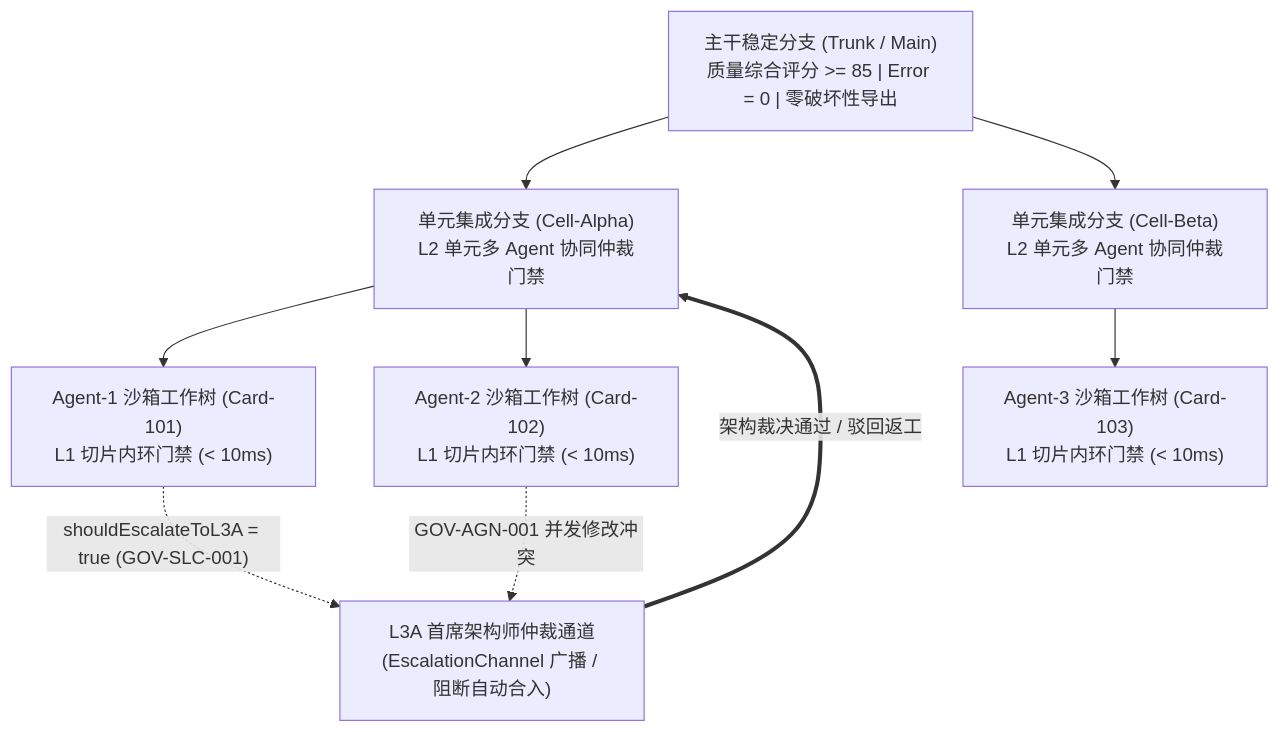
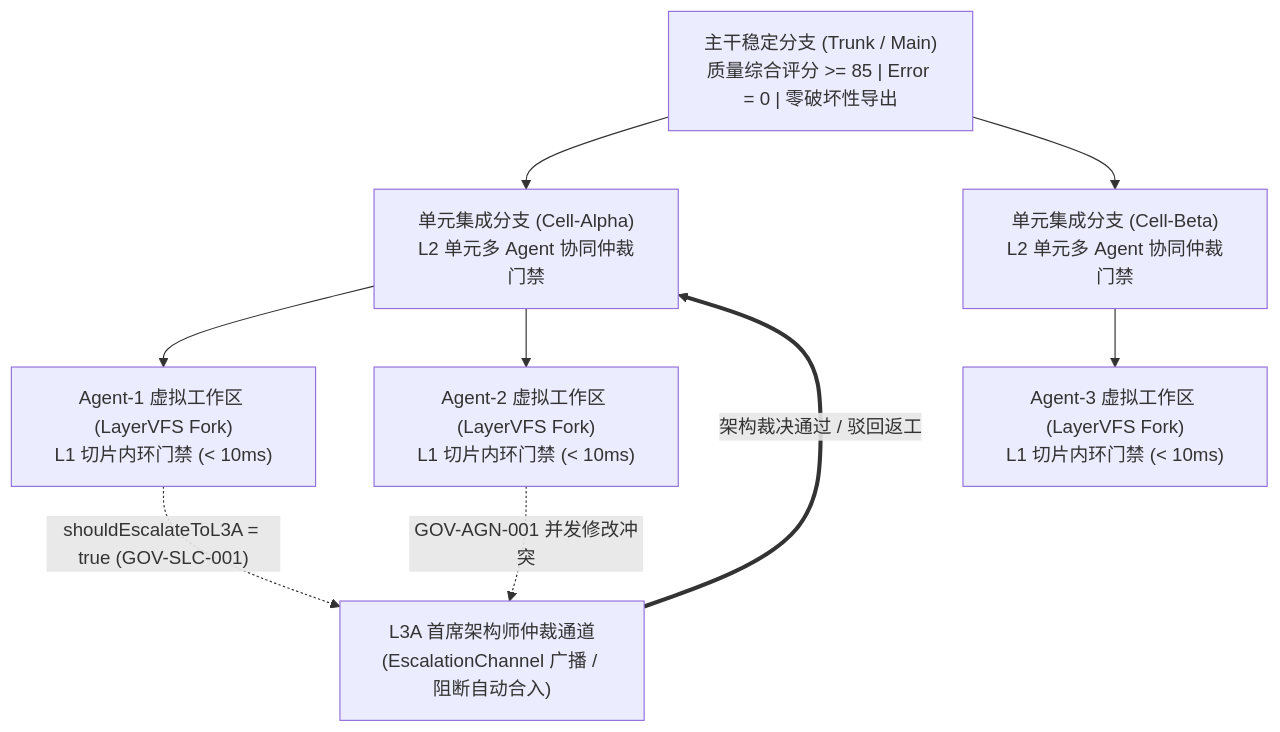
Before and after one commit to guilingzhouyi-creator/vscode-extensions: the first of 5 diagrams in auto-refactor/docs/01-architecture/04-praxis-git-fractal-and-gating-spec.md, drawn with Mermaid. The commit also changed other lines of this file and 26 other files, not shown here.

First line of the commit message:
docs(architecture): 更新全宗架构设计规程与集成交付指引

````diff
--- a/auto-refactor/docs/01-architecture/04-praxis-git-fractal-and-gating-spec.md
+++ b/auto-refactor/docs/01-architecture/04-praxis-git-fractal-and-gating-spec.md
@@ -12,19 +12,19 @@
 ```mermaid
 flowchart TD
   TRUNK["主干稳定分支 (Trunk / Main)<br/>质量综合评分 >= 85 | Error = 0 | 零破坏性导出"]
   CELL_A["单元集成分支 (Cell-Alpha)<br/>L2 单元多 Agent 协同仲裁门禁"]
   CELL_B["单元集成分支 (Cell-Beta)<br/>L2 单元多 Agent 协同仲裁门禁"]
-  CARD_1["Agent-1 沙箱工作树 (Card-101)<br/>L1 切片内环门禁 (< 10ms)"]
-  CARD_2["Agent-2 沙箱工作树 (Card-102)<br/>L1 切片内环门禁 (< 10ms)"]
-  CARD_3["Agent-3 沙箱工作树 (Card-103)<br/>L1 切片内环门禁 (< 10ms)"]
+  CARD_1["Agent-1 虚拟工作区 (LayerVFS Fork)<br/>L1 切片内环门禁 (< 10ms)"]
+  CARD_2["Agent-2 虚拟工作区 (LayerVFS Fork)<br/>L1 切片内环门禁 (< 10ms)"]
+  CARD_3["Agent-3 虚拟工作区 (LayerVFS Fork)<br/>L1 切片内环门禁 (< 10ms)"]
   L3A["L3A 首席架构师仲裁通道<br/>(EscalationChannel 广播 / 阻断自动合入)"]
 
   TRUNK --> CELL_A
   TRUNK --> CELL_B
   CELL_A --> CARD_1
   CELL_A --> CARD_2
   CELL_B --> CARD_3
   CARD_1 -. "shouldEscalateToL3A = true (GOV-SLC-001)" .-> L3A
   CARD_2 -. "GOV-AGN-001 并发修改冲突" .-> L3A
   L3A ==>|"架构裁决通过 / 驳回返工"| CELL_A
 ```
````
